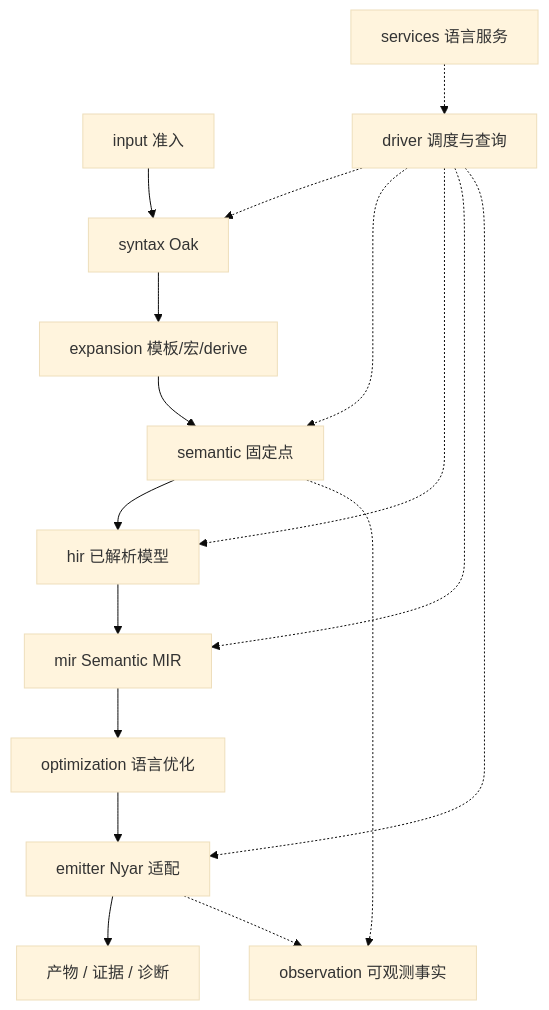
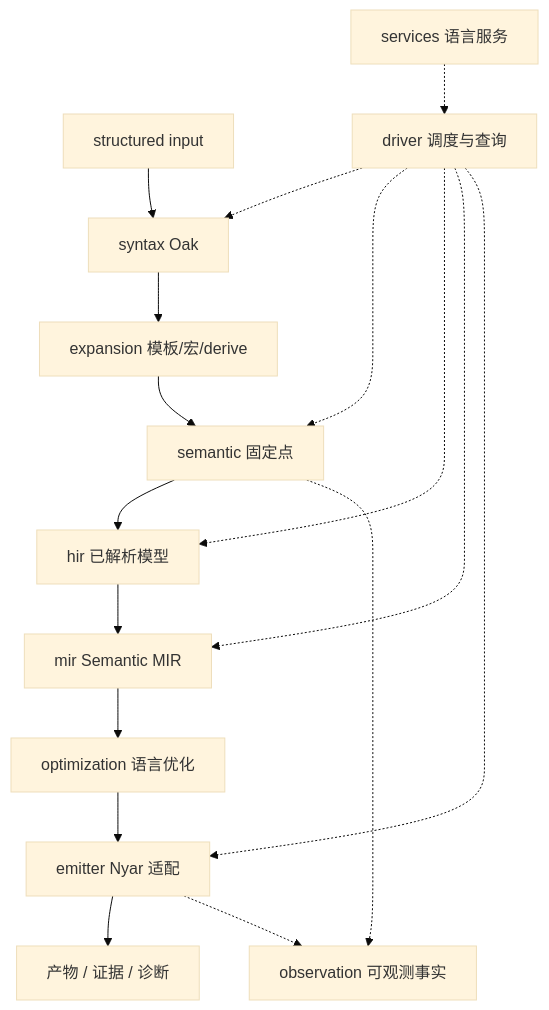
The first of 2 diagrams in projects/nyar.rs/languages/rusty-valkyrie/src/compiler/readme.md (nyar-vm/nyar-vm), drawn with Mermaid (base theme) before and after one commit. The commit also changed other lines of this file and 33 other files, not shown here.

````diff
--- a/projects/nyar.rs/languages/rusty-valkyrie/src/compiler/readme.md
+++ b/projects/nyar.rs/languages/rusty-valkyrie/src/compiler/readme.md
@@ -17,35 +7,35 @@
 ```mermaid
 flowchart TB
-  input[input 准入]
+  input[structured input]
   syntax[syntax Oak]
   expansion[expansion 模板/宏/derive]
   semantic[semantic 固定点]
   hir[hir 已解析模型]
   mir[mir Semantic MIR]
   opt[optimization 语言优化]
   emitter[emitter Nyar 适配]
   out[产物 / 证据 / 诊断]
 
   input --> syntax
   syntax --> expansion
   expansion --> semantic
   semantic --> hir
   hir --> mir
   mir --> opt
   opt --> emitter
   emitter --> out
 
   driver[driver 调度与查询]
   driver -.-> syntax
   driver -.-> semantic
   driver -.-> hir
   driver -.-> mir
   driver -.-> emitter
 
   services[services 语言服务]
   services -.-> driver
 
   observation[observation 可观测事实]
   emitter -.-> observation
   semantic -.-> observation
 ```
````
